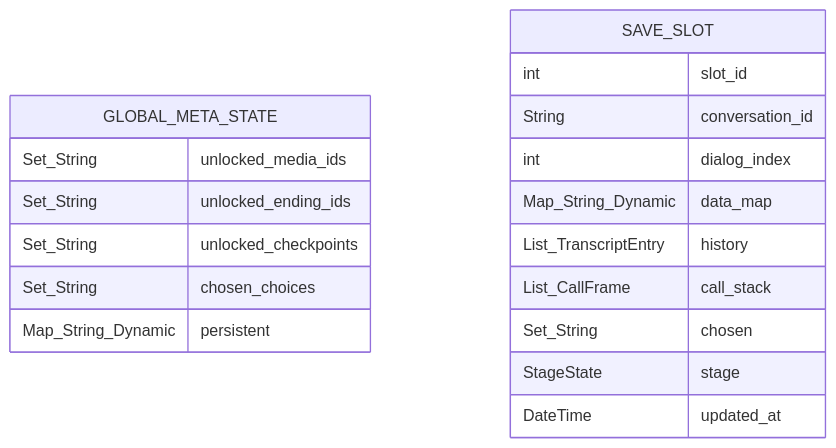
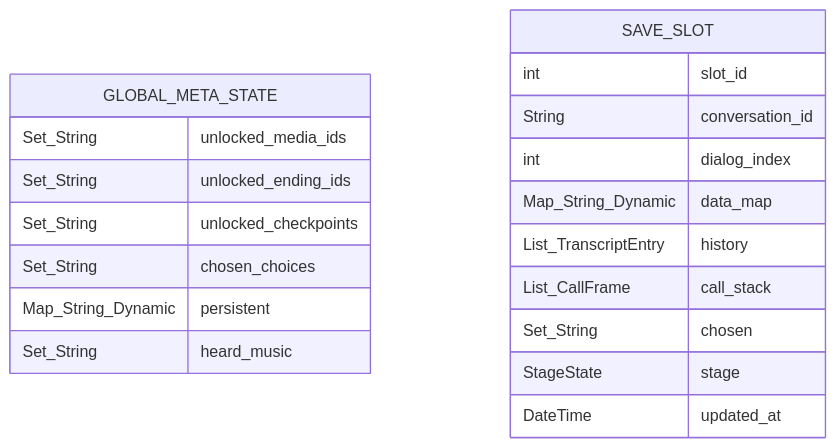
One commit to esafirm/cerita-engine changed the diagram in specs/engine-and-state.md. Above: the diagram before and after it, drawn with Mermaid. The commit also changed other lines of this file and 31 other files, not shown here.

````diff
--- a/specs/engine-and-state.md
+++ b/specs/engine-and-state.md
@@ -103,21 +103,22 @@
 ```mermaid
 erDiagram
     GLOBAL_META_STATE {
         Set_String unlocked_media_ids
         Set_String unlocked_ending_ids
         Set_String unlocked_checkpoints
         Set_String chosen_choices
         Map_String_Dynamic persistent
+        Set_String heard_music
     }
     SAVE_SLOT {
         int slot_id
         String conversation_id
         int dialog_index
         Map_String_Dynamic data_map
         List_TranscriptEntry history
         List_CallFrame call_stack
         Set_String chosen
         StageState stage
         DateTime updated_at
     }
 ```
````
